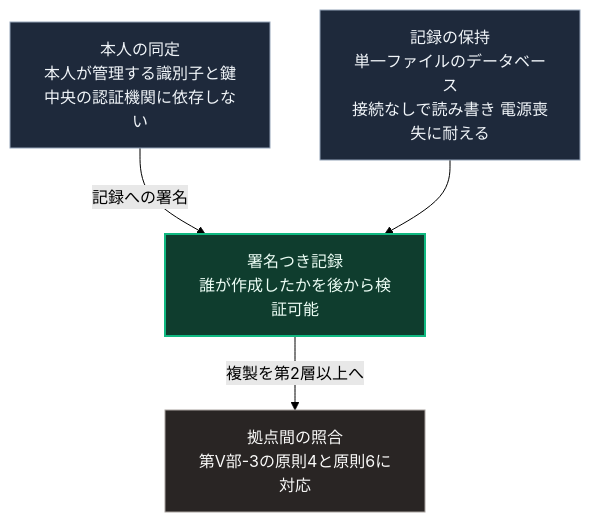
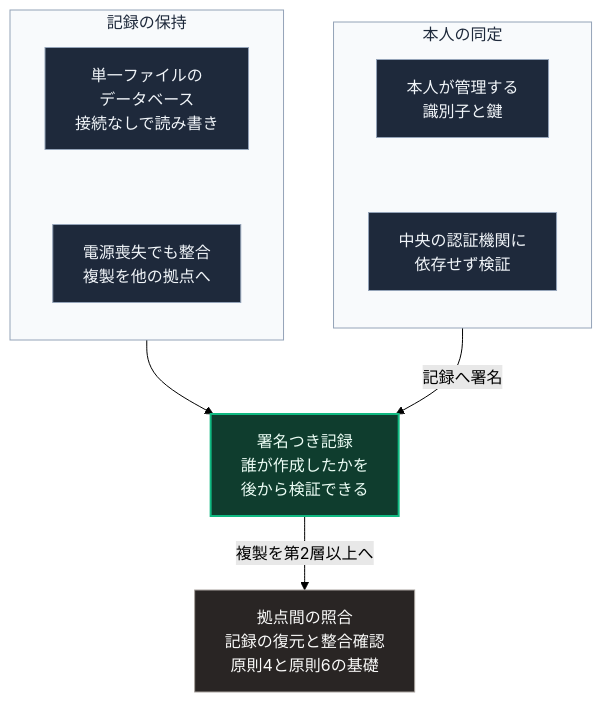
Before and after one commit to Takenori-Kusaka/zenn-content: the diagram in books/sovereign-resilience-blueprint/57_sqlite-local-first-ssi-cryptography.md, drawn with Mermaid (forest theme). The commit also changed other lines of this file and 114 other files, not shown here.

````diff
--- a/books/sovereign-resilience-blueprint/57_sqlite-local-first-ssi-cryptography.md
+++ b/books/sovereign-resilience-blueprint/57_sqlite-local-first-ssi-cryptography.md
@@ -61,13 +61,23 @@
 ```mermaid
 flowchart TD
-    R[記録の保持<br>単一ファイルのデータベース<br>接続なしで読み書き 電源喪失に耐える]
-    I[本人の同定<br>本人が管理する識別子と鍵<br>中央の認証機関に依存しない]
-    I -->|記録への署名| S[署名つき記録<br>誰が作成したかを後から検証可能]
-    R --> S
-    S -->|複製を第2層以上へ| C[拠点間の照合<br>第Ⅴ部-3の原則4と原則6に対応]
+    subgraph GR[記録の保持]
+        direction TB
+        R1[単一ファイルの<br>データベース<br>接続なしで読み書き] ~~~ R2[電源喪失でも整合<br>複製を他の拠点へ]
+    end
+    subgraph GI[本人の同定]
+        direction TB
+        I1[本人が管理する<br>識別子と鍵] ~~~ I2[中央の認証機関に<br>依存せず検証]
+    end
+    GR --> S[署名つき記録<br>誰が作成したかを<br>後から検証できる]
+    GI -->|記録へ署名| S
+    S -->|複製を第2層以上へ| C[拠点間の照合<br>記録の復元と整合確認<br>原則4と原則6の基礎]
 
-    style R fill:#1e293b,stroke:#94a3b8,color:#f1f5f9
-    style I fill:#1e293b,stroke:#94a3b8,color:#f1f5f9
+    style R1 fill:#1e293b,stroke:#94a3b8,color:#f1f5f9
+    style R2 fill:#1e293b,stroke:#94a3b8,color:#f1f5f9
+    style I1 fill:#1e293b,stroke:#94a3b8,color:#f1f5f9
+    style I2 fill:#1e293b,stroke:#94a3b8,color:#f1f5f9
     style S fill:#0f3d2e,stroke:#10b981,stroke-width:2px,color:#ecfdf5
     style C fill:#292524,stroke:#a8a29e,color:#fafaf9
+    style GR fill:#f8fafc,stroke:#94a3b8,color:#1e293b
+    style GI fill:#f8fafc,stroke:#94a3b8,color:#1e293b
 ```
````
